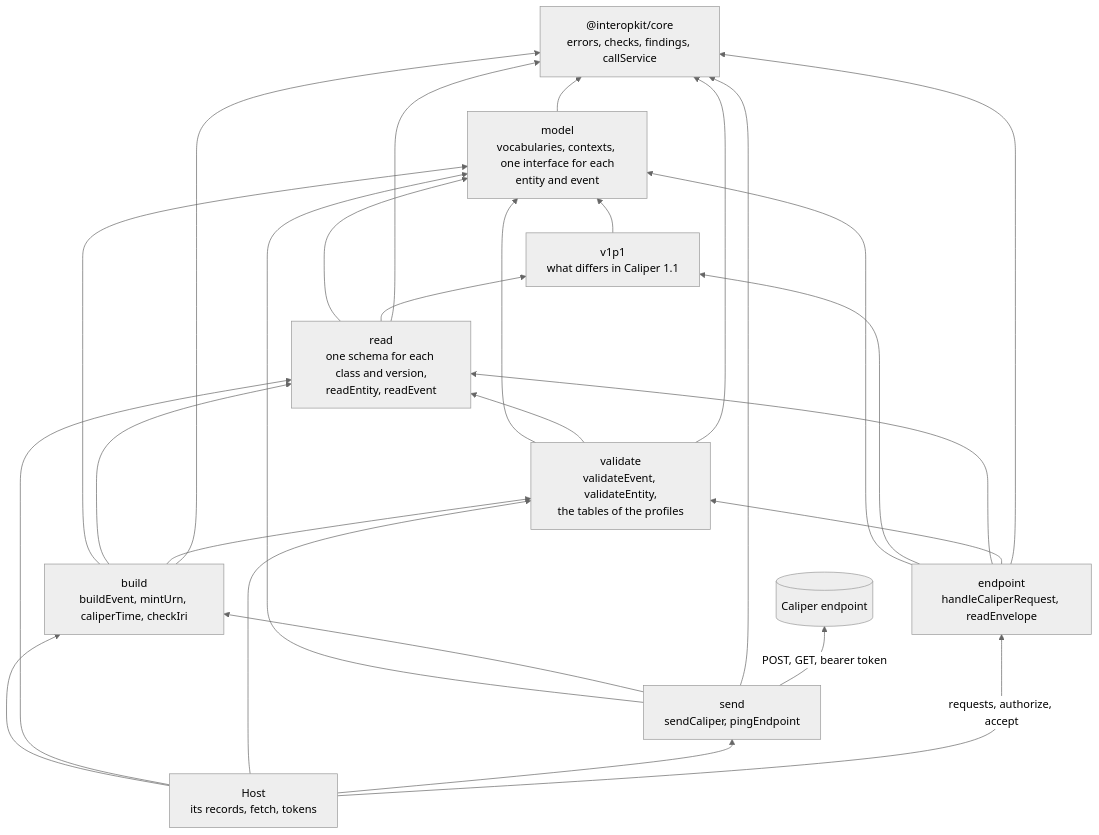
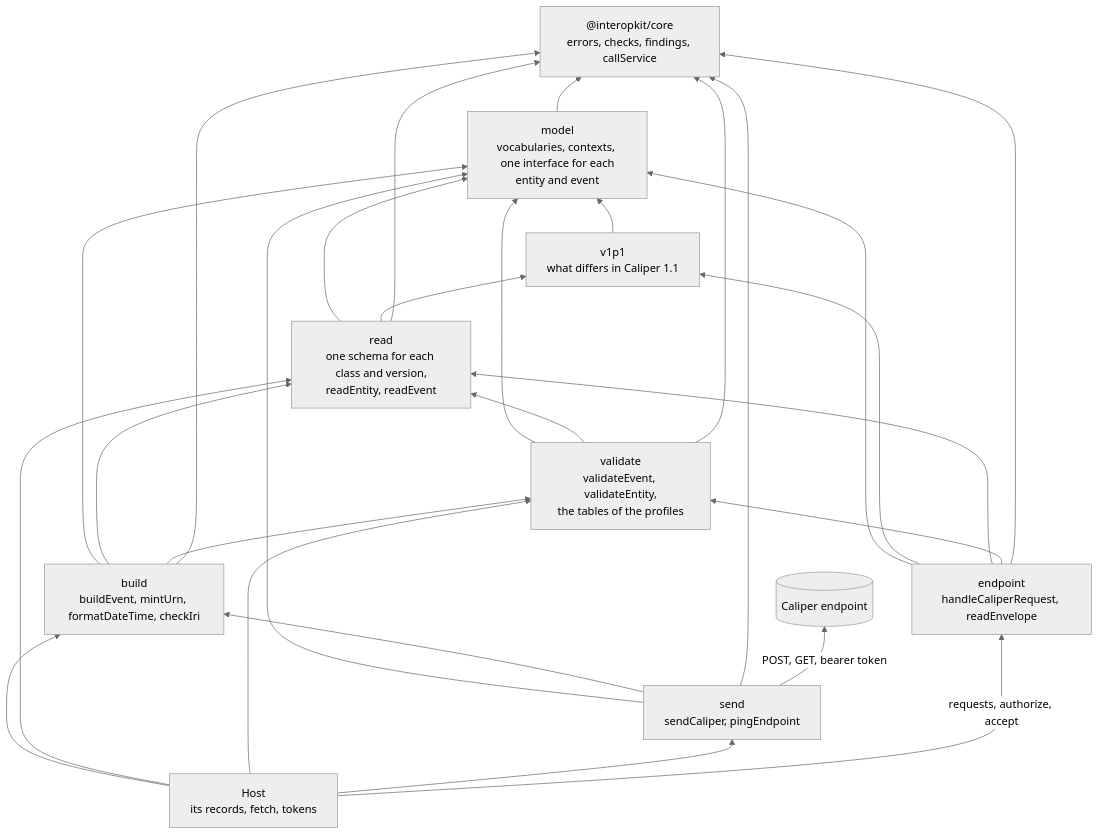
One commit to interopkit/interopkit changed the diagram in docs/learning-analytics/architecture.md. Above: the diagram before and after it, drawn with Mermaid (neutral theme). The commit also changed other lines of this file and 368 other files, not shown here.

````diff
--- a/docs/learning-analytics/architecture.md
+++ b/docs/learning-analytics/architecture.md
@@ -8,37 +8,37 @@
 ```mermaid
 flowchart BT
   core["@interopkit/core<br/>errors, checks, findings, callService"]
   model["model<br/>vocabularies, contexts, one interface for each<br/>entity and event"]
   v11["v1p1<br/>what differs in Caliper 1.1"]
   read["read<br/>one schema for each class and version,<br/>readEntity, readEvent"]
   validate["validate<br/>validateEvent, validateEntity,<br/>the tables of the profiles"]
-  build["build<br/>buildEvent, mintUrn, caliperTime, checkIri"]
+  build["build<br/>buildEvent, mintUrn, formatDateTime, checkIri"]
   send["send<br/>sendCaliper, pingEndpoint"]
   endpointNode["endpoint<br/>handleCaliperRequest, readEnvelope"]
   v11 --> model
   read --> model
   read --> v11
   validate --> model
   validate --> read
   build --> model
   build --> read
   build --> validate
   send --> model
   send --> build
   endpointNode --> model
   endpointNode --> v11
   endpointNode --> read
   endpointNode --> validate
   model --> core
   read --> core
   validate --> core
   build --> core
   send --> core
   endpointNode --> core
   host["Host<br/>its records, fetch, tokens"] --> build
   host --> read
   host --> validate
   host --> send
   host -->|"requests, authorize, accept"| endpointNode
   send -->|"POST, GET, bearer token"| wire[("Caliper endpoint")]
 ```
````
